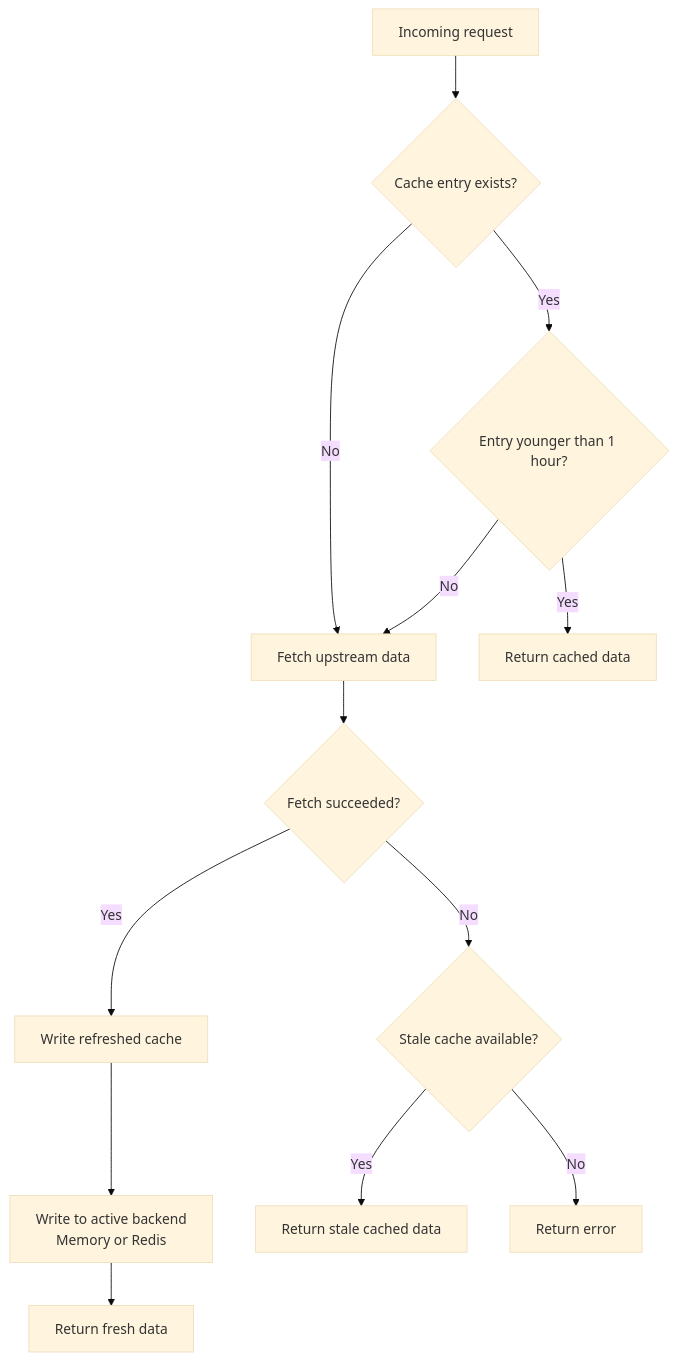
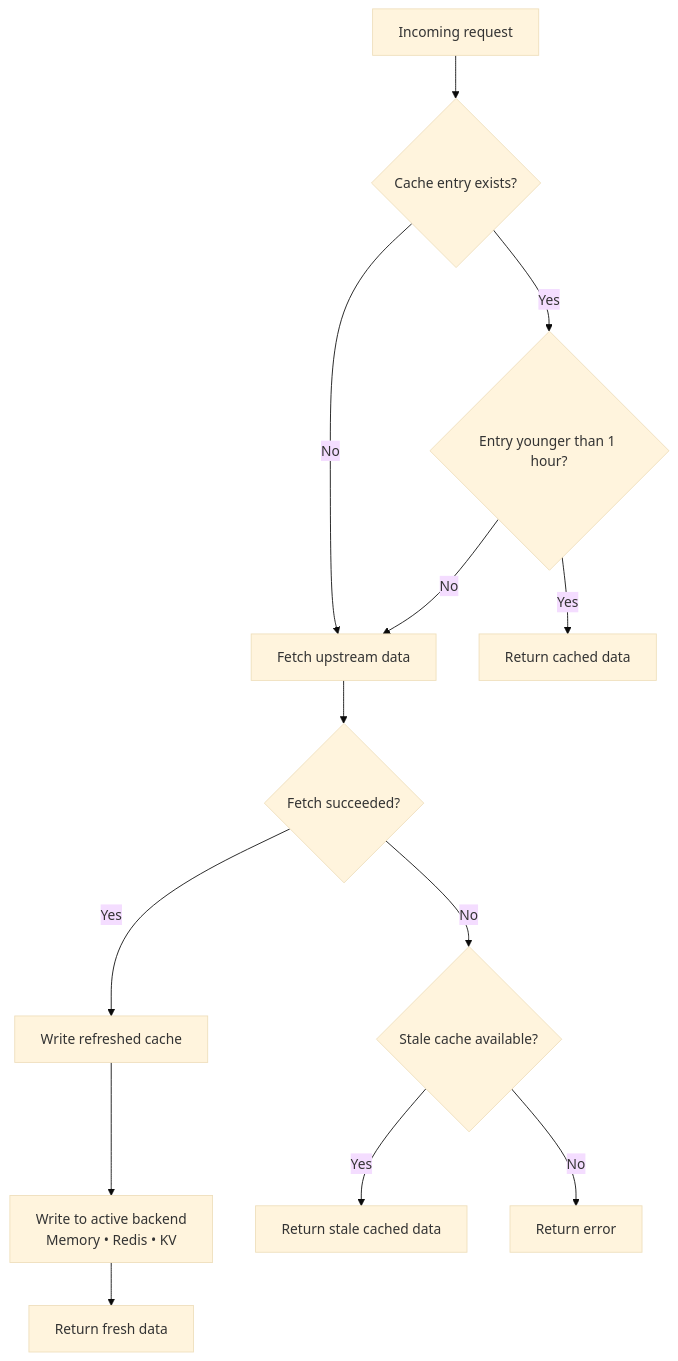
One commit to mblancolabs/gridstart changed the fourth of 4 diagrams in docs/ARCHITECTURE.md. Above: the diagram before and after it, drawn with Mermaid (base theme). The commit also changed other lines of this file and 10 other files, not shown here.

````diff
--- a/docs/ARCHITECTURE.md
+++ b/docs/ARCHITECTURE.md
@@ -220,15 +221,15 @@
 ```mermaid
 flowchart TD
     Q[Incoming request] --> H{Cache entry exists?}
     H -->|No| F[Fetch upstream data]
     H -->|Yes| T{Entry younger than 1 hour?}
     T -->|Yes| R[Return cached data]
     T -->|No| F
     F --> G{Fetch succeeded?}
     G -->|Yes| W[Write refreshed cache]
-    W --> Z[Write to active backend\nMemory or Redis]
+    W --> Z[Write to active backend\nMemory • Redis • KV]
     Z --> D[Return fresh data]
     G -->|No| S{Stale cache available?}
     S -->|Yes| Y[Return stale cached data]
     S -->|No| E[Return error]
 ```
````
